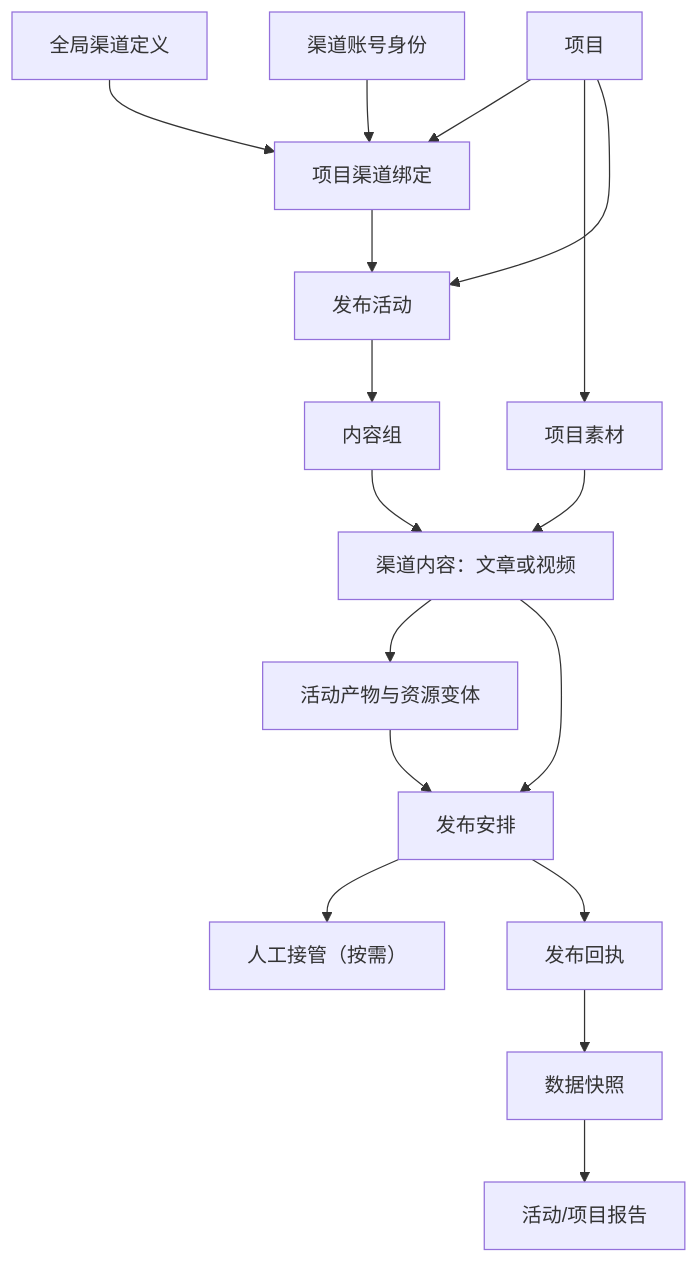
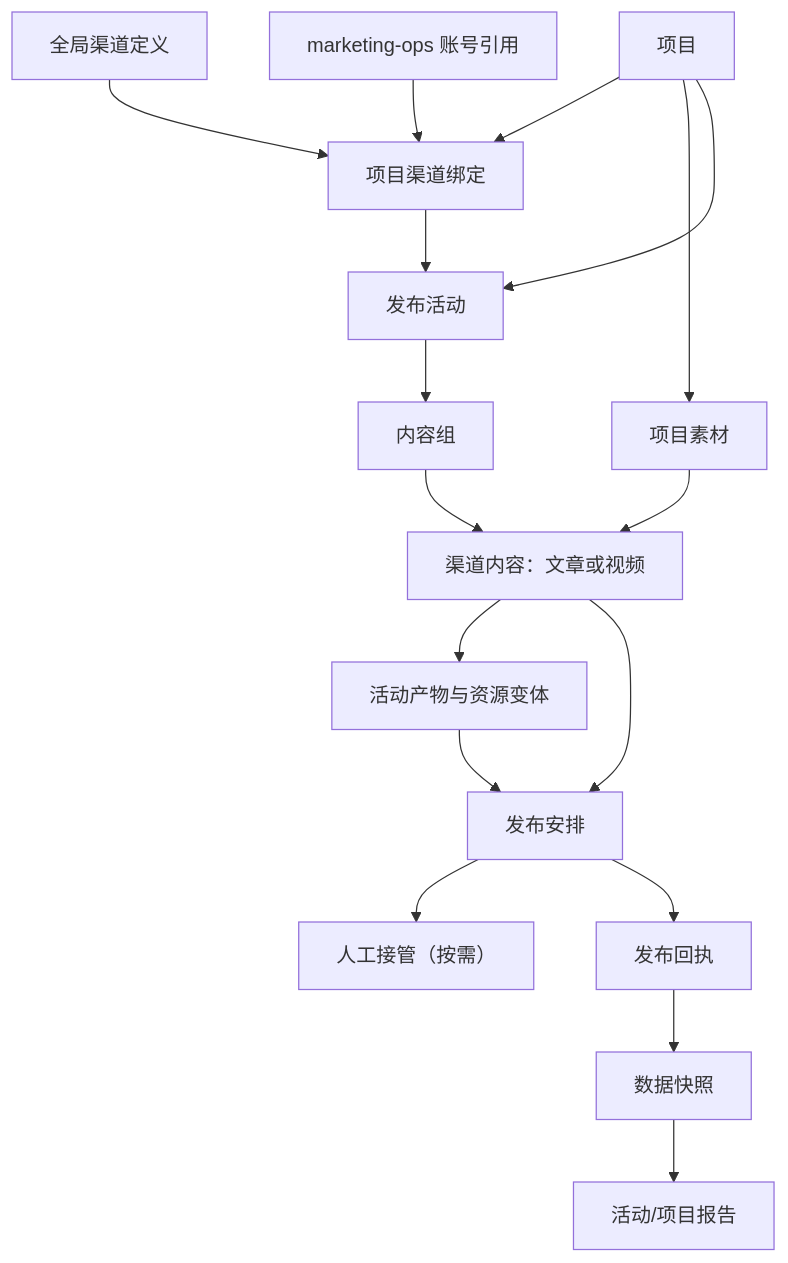
The first of 2 diagrams in docs/control-plane.md (IllegalCreed/content-studio), drawn with Mermaid before and after one commit. The commit also changed other lines of this file and 6 other files, not shown here.

````diff
--- a/docs/control-plane.md
+++ b/docs/control-plane.md
@@ -58,19 +58,19 @@
 ```mermaid
 flowchart TB
   G["全局渠道定义"] --> B["项目渠道绑定"]
-  CA["渠道账号身份"] --> B
+  CA["marketing-ops 账号引用"] --> B
   P["项目"] --> B
   P --> PA["项目素材"]
   P --> A["发布活动"]
   B --> A
   A --> CG["内容组"]
   CG --> CC["渠道内容：文章或视频"]
   PA --> CC
   CC --> AR["活动产物与资源变体"]
   CC --> PP["发布安排"]
   AR --> PP
   PP --> HO["人工接管（按需）"]
   PP --> PR["发布回执"]
   PR --> OB["数据快照"]
   OB --> RP["活动/项目报告"]
 ```
````
